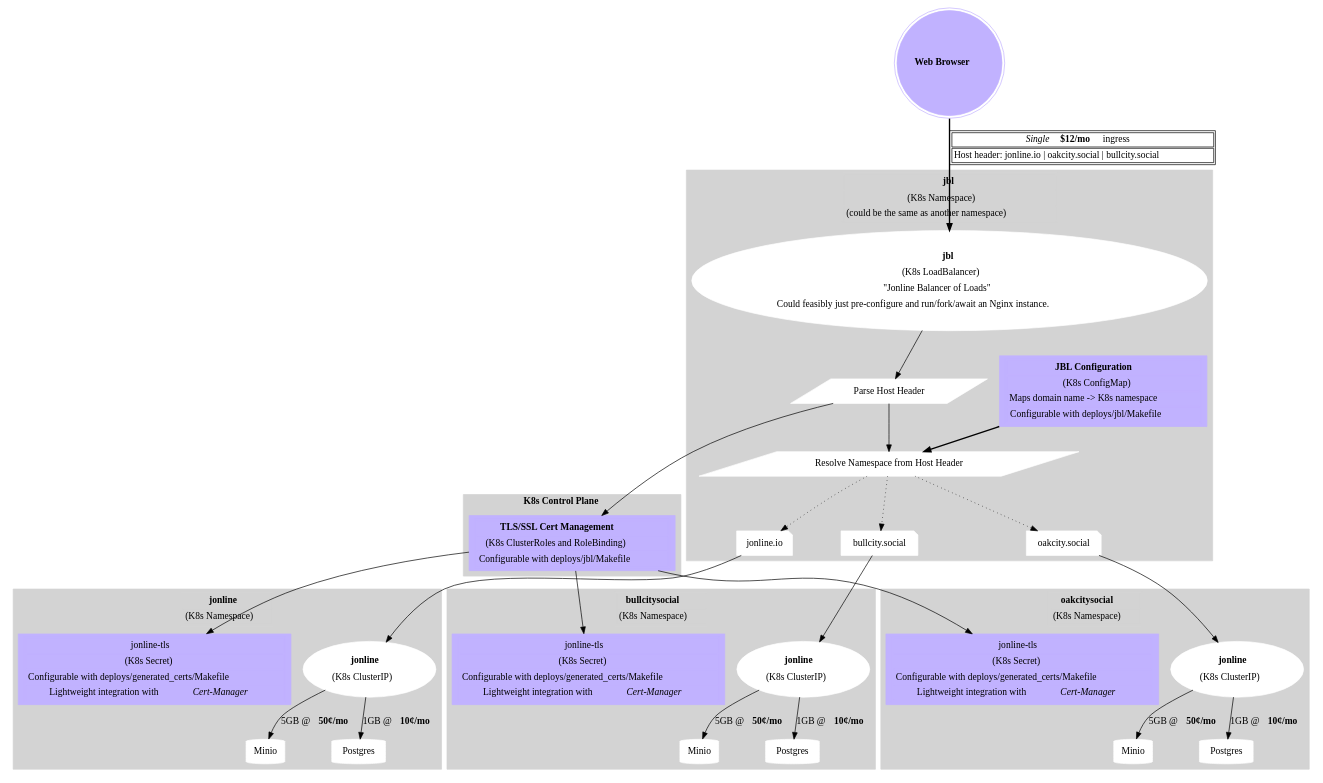
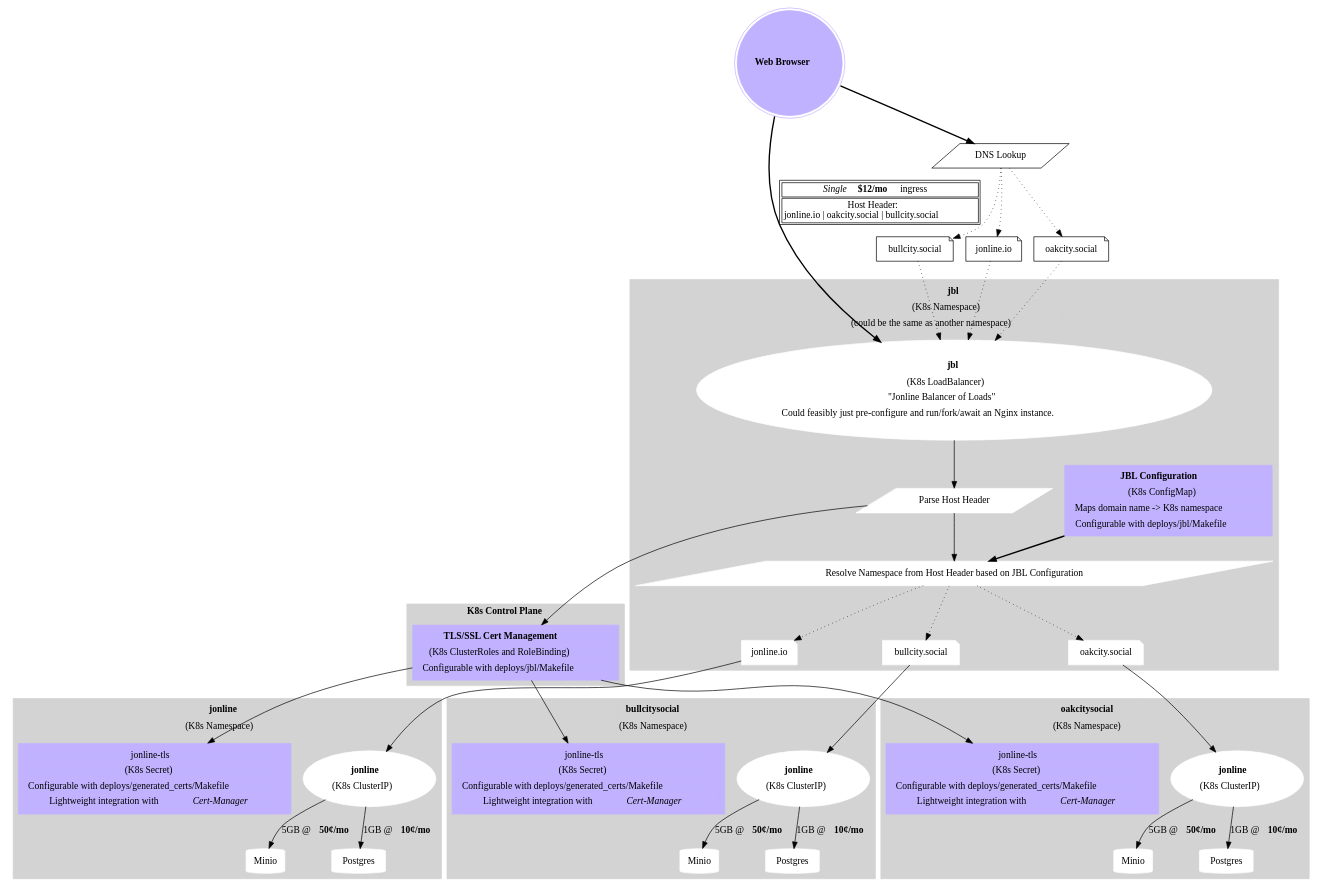
The diagram in docs/architecture/JBL_Kubernetes_Deployment.dot (JonLatane/jonline), drawn with Graphviz before and after one commit. The commit also changed 20 other files, not shown here.

```diff
--- a/docs/architecture/JBL_Kubernetes_Deployment.dot
+++ b/docs/architecture/JBL_Kubernetes_Deployment.dot
@@ -1,130 +1,144 @@
 digraph G {
   size = "100,100";
   browser [shape = doublecircle;style = filled;color = ".7 .3 1.0";label = <<b>Web Browser</b>>;];
   
-  browser -> jbl [style = bold; label = <<table><tr><td><i>Single</i>&nbsp;<b>$12/mo</b>&nbsp;ingress</td></tr><tr><td>Host header: jonline.io | oakcity.social | bullcity.social</td></tr></table>>];
+  browser -> jbl [style = bold; label = <<table><tr><td><i>Single</i>&nbsp;<b>$12/mo</b>&nbsp;ingress</td></tr><tr><td>Host Header:<br/>jonline.io | oakcity.social | bullcity.social</td></tr></table>>;];
+  resolve_dns [shape = parallelogram;label = "DNS Lookup";];
+  browser -> resolve_dns [style = bold;];
+  
+  jonlineio_dns [shape = note;label = "jonline.io";];
+  oakcitysocial_dns [shape = note;label = "oakcity.social";];
+  bullcitysocial_dns [shape = note;label = "bullcity.social";];
+  
+  resolve_dns -> jonlineio_dns [style = dotted;];
+  resolve_dns -> oakcitysocial_dns [style = dotted;];
+  resolve_dns -> bullcitysocial_dns [style = dotted;];
+  
+  jonlineio_dns -> jbl [style = dotted;];
+  oakcitysocial_dns -> jbl [style = dotted;];
+  bullcitysocial_dns -> jbl [style = dotted;];
   
   subgraph cluster0 {
     label = <<table><tr><td><b>jbl</b></td></tr><tr><td>(K8s Namespace)</td></tr><tr><td>(could be the same as another namespace)</td></tr></table>>;
     node [style = filled; color = white;];
     style = filled;
     color = lightgrey;
     
-    jbl [shape = oval; style=filled; color = white; label = <<table><tr><td><b>jbl</b></td></tr><tr><td>(K8s LoadBalancer)</td></tr><tr><td>"Jonline Balancer of Loads"</td></tr><tr><td>Could feasibly just pre-configure and run/fork/await an Nginx instance.</td></tr></table>>];
+    jbl [shape = oval;style = filled;color = white;label = <<table><tr><td><b>jbl</b></td></tr><tr><td>(K8s LoadBalancer)</td></tr><tr><td>"Jonline Balancer of Loads"</td></tr><tr><td>Could feasibly just pre-configure and run/fork/await an Nginx instance.</td></tr></table>>;];
     configuration [shape = box;style = filled;color = ".7 .3 1.0";label = <
       <table>
       <tr>
       <td><b>JBL Configuration</b></td>
       </tr>
       <tr>
       <td>(K8s ConfigMap)</td>
       </tr>
       <tr>
       <td>Maps domain name -&gt; K8s namespace</td>
       </tr>
       <tr>
       <td>Configurable with deploys/jbl/Makefile</td>
       </tr>
       </table>
       >;];
     
-    configuration -> resolve_namespace [style = bold];
+    configuration -> resolve_namespace [style = bold;];
     
-    parse_host [shape=parallelogram label = "Parse Host Header";];
-    resolve_namespace [shape=parallelogram label = "Resolve Namespace from Host Header";];
+    parse_host [shape = parallelogram;label = "Parse Host Header";];
+    resolve_namespace [shape = parallelogram;label = "Resolve Namespace from Host Header based on JBL Configuration";];
     // jbl -> resolve_namespace [weight = 8;];
     jbl -> parse_host [weight = 8;];
     parse_host -> resolve_namespace [weight = 8;];
     
     
-    jonlineio [shape=note label = "jonline.io";];
-    oakcitysocial [shape=note label = "oakcity.social";];
-    bullcitysocial [shape=note label = "bullcity.social";];
+    jonlineio [shape = note;label = "jonline.io";];
+    oakcitysocial [shape = note;label = "oakcity.social";];
+    bullcitysocial [shape = note;label = "bullcity.social";];
     
     resolve_namespace -> jonlineio [style = dotted;];
     resolve_namespace -> oakcitysocial [style = dotted;];
     resolve_namespace -> bullcitysocial [style = dotted;];
   }
   
   subgraph cluster4 {
     label = <<b>K8s Control Plane</b>>;
     node [style = filled; color = white;];
     style = filled;
     color = lightgrey;
     certs [shape = box;style = filled;color = ".7 .3 1.0";label = <
       <table>
       <tr>
       <td><b>TLS/SSL Cert Management</b></td>
       </tr>
       <tr>
       <td>(K8s ClusterRoles and RoleBinding)</td>
       </tr>
       <tr>
       <td>Configurable with deploys/jbl/Makefile</td>
       </tr>
       </table>
       >;];
   }
-
+  
   subgraph cluster1 {
     label = <<table><tr><td><b>jonline</b></td></tr><tr><td>(K8s Namespace)</td></tr></table>>;
     node [style = filled; color = white;];
     style = filled;
     color = lightgrey;
     
-    jonline0 [label = <<table><tr><td><b>jonline</b></td></tr><tr><td>(K8s ClusterIP)</td></tr></table>>];
-    minio0 [shape=cylinder label = "Minio";];
-    postgres0 [shape=cylinder label = "Postgres";];
+    jonline0 [label = <<table><tr><td><b>jonline</b></td></tr><tr><td>(K8s ClusterIP)</td></tr></table>>;];
+    minio0 [shape = cylinder;label = "Minio";];
+    postgres0 [shape = cylinder;label = "Postgres";];
     tls0 [shape = "box";color = ".7 .3 1.0";label = <<table><tr><td>jonline-tls</td></tr><tr><td>(K8s Secret)</td></tr><tr><td>Configurable with deploys/generated_certs/Makefile</td></tr><tr><td>Lightweight integration with&nbsp;<i>Cert-Manager</i></td></tr></table>>;];
     
-    jonline0 -> minio0 [label=<5GB @ <b>50¢/mo</b>>];
-    jonline0 -> postgres0 [label=<1GB @ <b>10¢/mo</b>>];
+    jonline0 -> minio0 [label = <5GB @ <b>50¢/mo</b>>;];
+    jonline0 -> postgres0 [label = <1GB @ <b>10¢/mo</b>>;];
   }
   
   jonlineio -> jonline0;
   parse_host -> certs;
   
   subgraph cluster2 {
     label = <<table><tr><td><b>oakcitysocial</b></td></tr><tr><td>(K8s Namespace)</td></tr></table>>;
     node [style = filled; color = white;];
     style = filled;
     color = lightgrey;
     
     jonline1 [label = <<table><tr><td><b>jonline</b></td></tr><tr><td>(K8s ClusterIP)</td></tr></table>>;];
-    minio1 [shape=cylinder label = "Minio";];
-    postgres1 [shape=cylinder label = "Postgres";];
+    minio1 [shape = cylinder;label = "Minio";];
+    postgres1 [shape = cylinder;label = "Postgres";];
     
-    jonline1 -> minio1 [label=<5GB @ <b>50¢/mo</b>>];
-    jonline1 -> postgres1 [label=<1GB @ <b>10¢/mo</b>>];
+    jonline1 -> minio1 [label = <5GB @ <b>50¢/mo</b>>;];
+    jonline1 -> postgres1 [label = <1GB @ <b>10¢/mo</b>>;];
     tls1 [shape = "box";color = ".7 .3 1.0";label = <<table><tr><td>jonline-tls</td></tr><tr><td>(K8s Secret)</td></tr><tr><td>Configurable with deploys/generated_certs/Makefile</td></tr><tr><td>Lightweight integration with&nbsp;<i>Cert-Manager</i></td></tr></table>>;];
   }
   oakcitysocial -> jonline1;
   
   subgraph cluster3 {
     label = <<table><tr><td><b>bullcitysocial</b></td></tr><tr><td>(K8s Namespace)</td></tr></table>>;
     node [style = filled; color = white;];
     style = filled;
     color = lightgrey;
     
     jonline2 [label = <<table><tr><td><b>jonline</b></td></tr><tr><td>(K8s ClusterIP)</td></tr></table>>;];
-    minio2 [label = "Minio" shape=cylinder];
-    postgres2 [label = "Postgres" shape=cylinder];
+    minio2 [label = "Minio";shape = cylinder;];
+    postgres2 [label = "Postgres";shape = cylinder;];
     
-    jonline2 -> minio2 [label=<5GB @ <b>50¢/mo</b>>];
-    jonline2 -> postgres2 [label=<1GB @ <b>10¢/mo</b>>];
+    jonline2 -> minio2 [label = <5GB @ <b>50¢/mo</b>>;];
+    jonline2 -> postgres2 [label = <1GB @ <b>10¢/mo</b>>;];
     tls2 [shape = "box";color = ".7 .3 1.0";label = <<table><tr><td>jonline-tls</td></tr><tr><td>(K8s Secret)</td></tr><tr><td>Configurable with deploys/generated_certs/Makefile</td></tr><tr><td>Lightweight integration with&nbsp;<i>Cert-Manager</i></td></tr></table>>;];
   }
   bullcitysocial -> jonline2;
   
   certs -> tls0;
   certs -> tls1;
   certs -> tls2;
   // resolve_namespace ->  [style=dotted] bullcitysocial;
   // execute -> { make_string; printf}
   // jonlineio -> make_string;
   // edge [color=red];
   // jbl -> printf [style=bold,label="100 times"];
   // make_string [label="make a\nstring"];
   // node [shape=box,style=filled,color=".7 .3 1.0"];
   // execute -> compare;
 }
```
